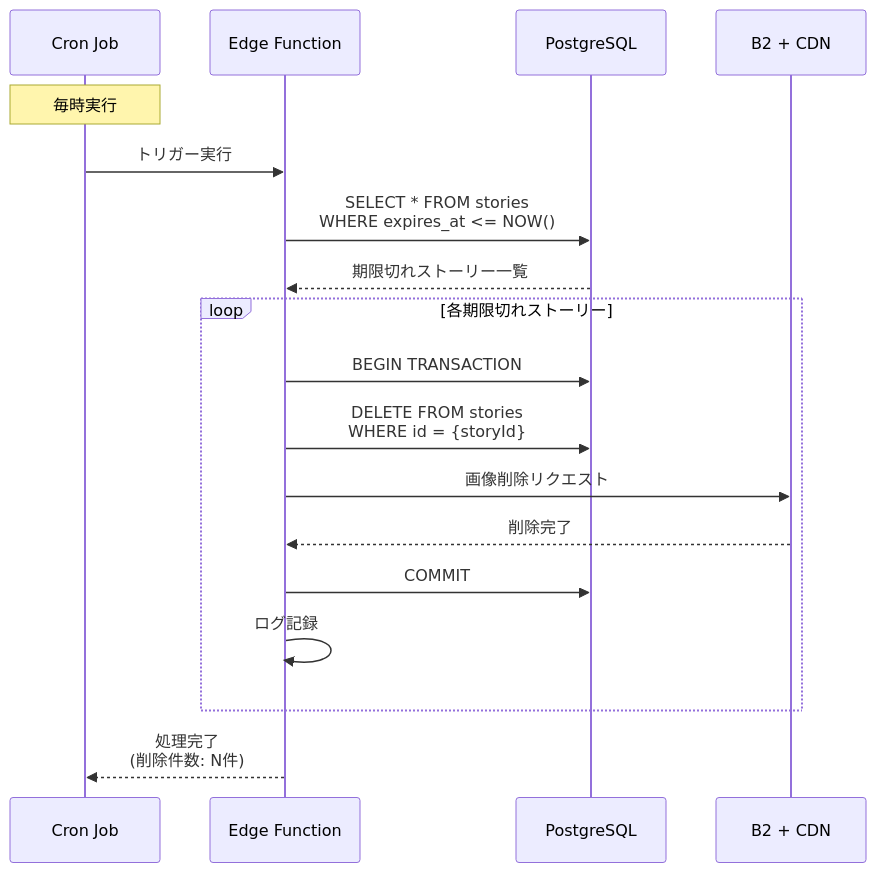
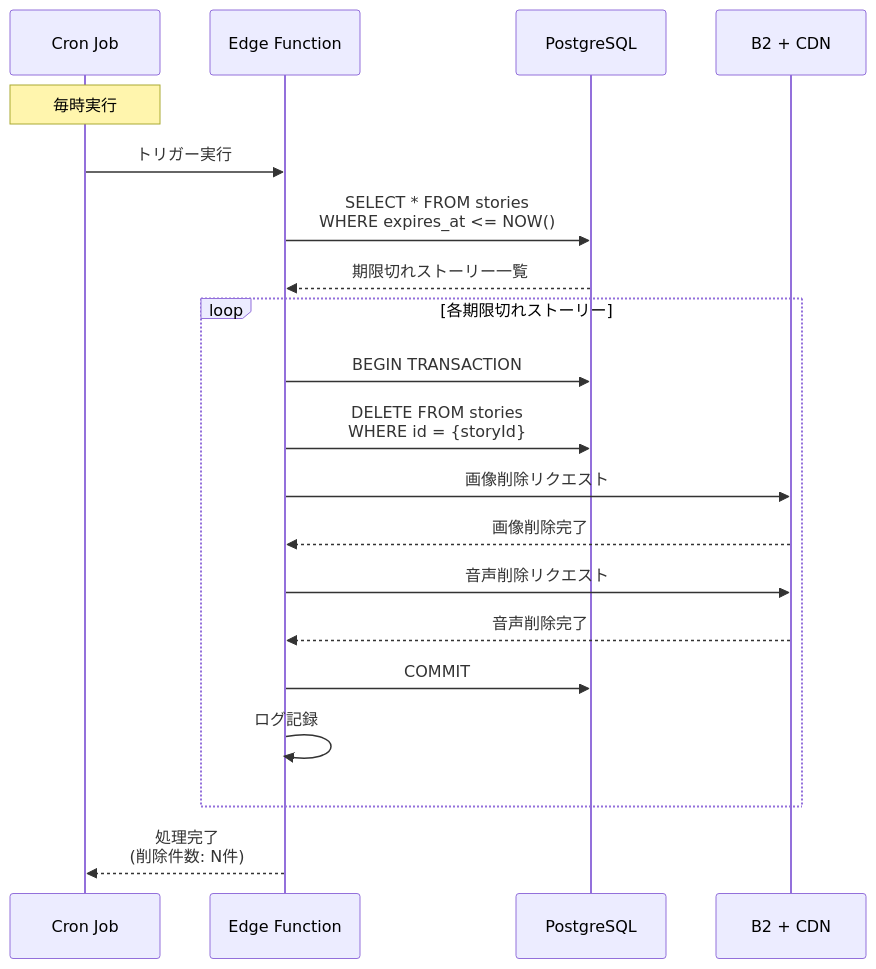
The sixth of 6 diagrams in doc/sequences/10_stories.md (okap-goldman/kanushi), drawn with Mermaid before and after one commit. The commit also changed other lines of this file and 88 other files, not shown here.

````diff
--- a/doc/sequences/10_stories.md
+++ b/doc/sequences/10_stories.md
@@ -221,30 +239,33 @@
 ```mermaid
 sequenceDiagram
     participant Cron as Cron Job
     participant Function as Edge Function
     participant DB as PostgreSQL
     participant Storage as B2 + CDN
 
     Note over Cron: 毎時実行
     
     Cron->>Function: トリガー実行
     
     Function->>DB: SELECT * FROM stories<br/>WHERE expires_at <= NOW()
     
     DB-->>Function: 期限切れストーリー一覧
     
     loop 各期限切れストーリー
         Function->>DB: BEGIN TRANSACTION
         
         Function->>DB: DELETE FROM stories<br/>WHERE id = {storyId}
         
         Function->>Storage: 画像削除リクエスト
-        Storage-->>Function: 削除完了
+        Storage-->>Function: 画像削除完了
+        
+        Function->>Storage: 音声削除リクエスト
+        Storage-->>Function: 音声削除完了
         
         Function->>DB: COMMIT
         
         Function->>Function: ログ記録
     end
     
     Function-->>Cron: 処理完了<br/>(削除件数: N件)
 ```
````
